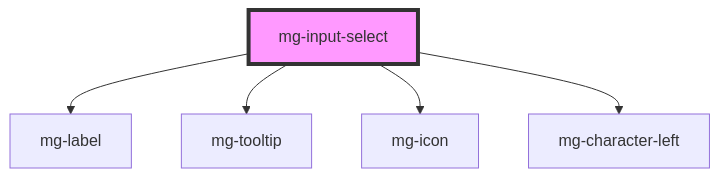
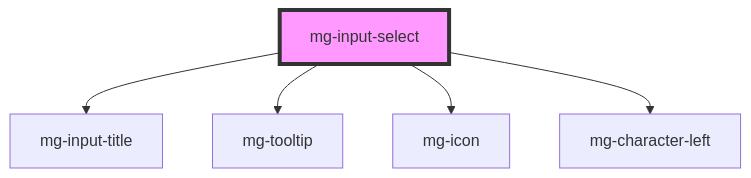
Before and after one commit to MGDIS/mg-components: the diagram in src/components/molecules/inputs/mg-input-select/readme.md, drawn with Mermaid. The commit also changed other lines of this file and 52 other files, not shown here.

First line of the commit message:
feat(mg-input-radio): tests - [x] add e2e tests - [x] add test mg-input-title isFieldset tests - [x] rename mg-label to mg-input-title

````diff
--- a/src/components/molecules/inputs/mg-input-select/readme.md
+++ b/src/components/molecules/inputs/mg-input-select/readme.md
@@ -45,8 +45,8 @@
 ```mermaid
 graph TD;
-  mg-input-select --> mg-label
+  mg-input-select --> mg-input-title
   mg-input-select --> mg-tooltip
   mg-input-select --> mg-icon
   mg-input-select --> mg-character-left
   style mg-input-select fill:#f9f,stroke:#333,stroke-width:4px
 ```
````
